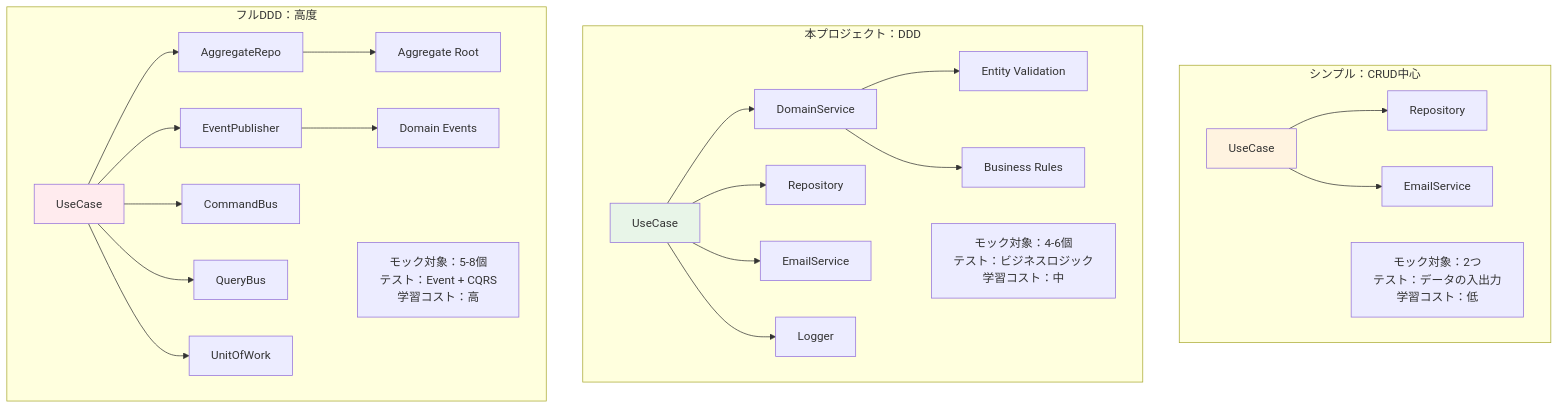
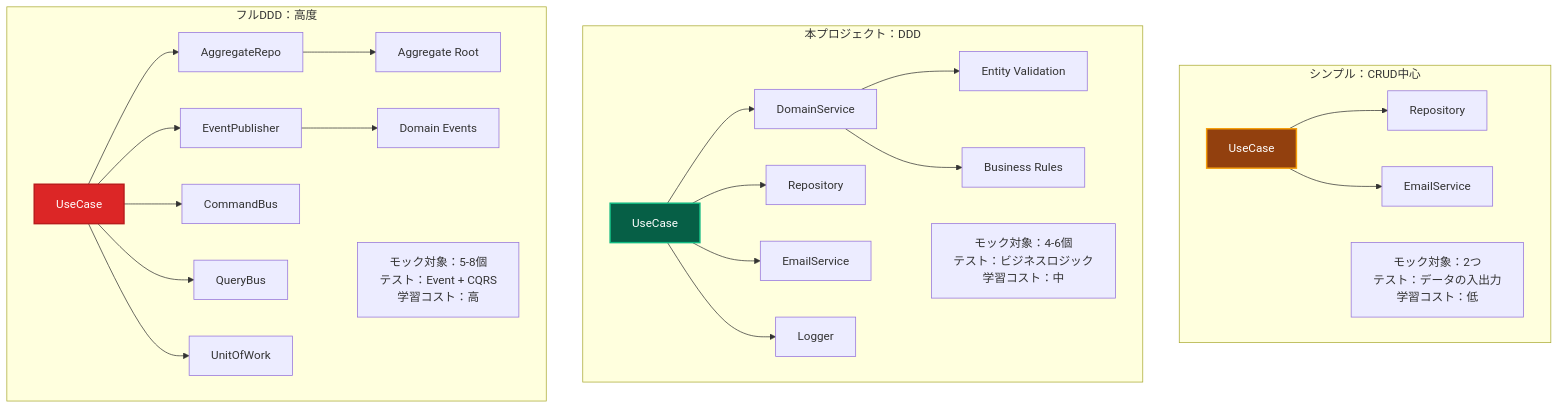
One commit to derushio/d-next-ddd-example changed the second of 3 diagrams in _DOCS/guides/ddd/concepts/architecture-comparison.md. Above: the diagram before and after it, drawn with Mermaid. The commit also changed other lines of this file and 31 other files, not shown here.

Commit message:
🎨: DOCSのMermaid図表カラーテーマを暗色に統一し視認性を向上

````diff
--- a/_DOCS/guides/ddd/concepts/architecture-comparison.md
+++ b/_DOCS/guides/ddd/concepts/architecture-comparison.md
@@ -438,36 +438,36 @@
 ```mermaid
 graph TD
     subgraph "シンプル：CRUD中心"
         A1[UseCase] --> B1[Repository]
         A1 --> C1[EmailService]
         
         note1[モック対象：2つ<br/>テスト：データの入出力<br/>学習コスト：低]
     end
     
     subgraph "本プロジェクト：DDD"
         A2[UseCase] --> B2[DomainService]
         A2 --> C2[Repository]
         A2 --> D2[EmailService]
         A2 --> E2[Logger]
         B2 --> F2[Entity Validation]
         B2 --> G2[Business Rules]
         
         note2[モック対象：4-6個<br/>テスト：ビジネスロジック<br/>学習コスト：中]
     end
     
     subgraph "フルDDD：高度"
         A3[UseCase] --> B3[AggregateRepo]
         A3 --> C3[EventPublisher]
         A3 --> D3[CommandBus]
         A3 --> E3[QueryBus]
         A3 --> F3[UnitOfWork]
         B3 --> G3[Aggregate Root]
         C3 --> H3[Domain Events]
         
         note3[モック対象：5-8個<br/>テスト：Event + CQRS<br/>学習コスト：高]
     end
     
-    style A1 fill:#fff3e0
-    style A2 fill:#e8f5e8
-    style A3 fill:#ffebee
+    style A1 fill:#92400e,stroke:#f59e0b,stroke-width:2px,color:#ffffff fill:#92400e,stroke:#f59e0b,stroke-width:2px,color:#ffffff
+    style A2 fill:#065f46,stroke:#10b981,stroke-width:2px,color:#ffffff fill:#065f46,stroke:#10b981,stroke-width:2px,color:#ffffff
+    style A3 fill:#dc2626,stroke:#b91c1c,stroke-width:2px,color:#ffffff fill:#dc2626,stroke:#b91c1c,stroke-width:2px,color:#ffffff
 ```
````
